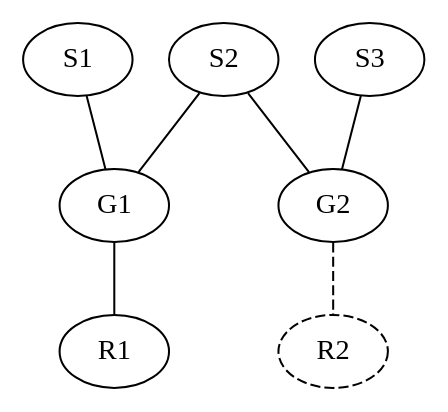
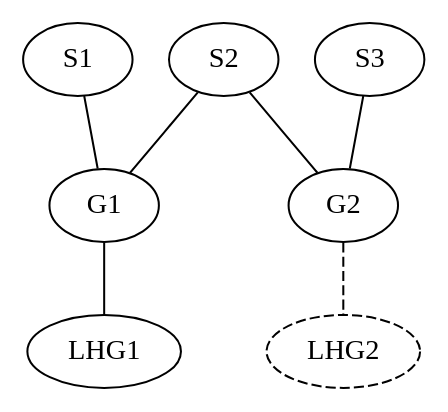
Before and after one commit to water/resources: the diagram in report/fig/labgroup/friendfriend_1.dot, drawn with Graphviz. The commit also changed 21 other files, not shown here.

Commit message:
R --> LHG in labgroup diagrams

```diff
--- a/report/fig/labgroup/friendfriend_1.dot
+++ b/report/fig/labgroup/friendfriend_1.dot
@@ -1,9 +1,9 @@
 graph G {
-  S1 -- G1
   S2 -- G1
   S2 -- G2
+  S1 -- G1
   S3 -- G2
-  G1 -- R1
-  G2 -- R2 [style=dashed]
-  R2 [style=dashed]
+  G1 -- LHG1
+  G2 -- LHG2 [style=dashed]
+  LHG2 [style=dashed]
 }
```
